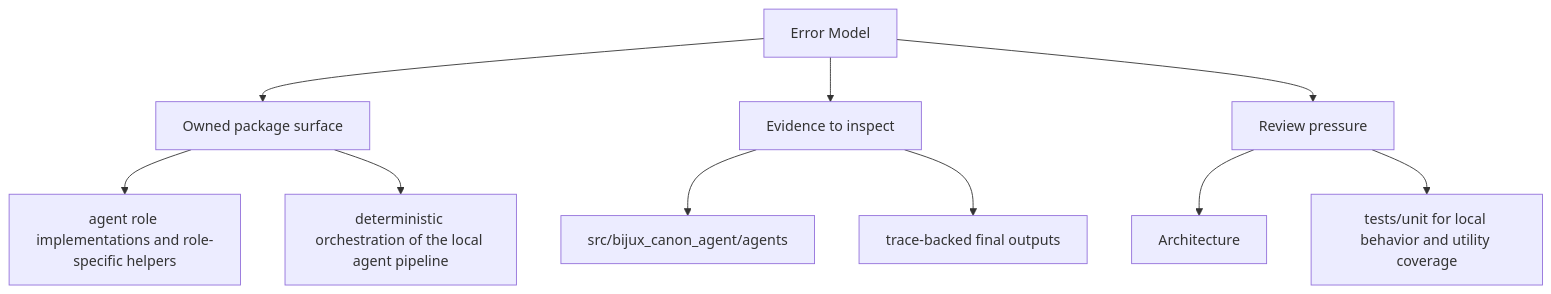
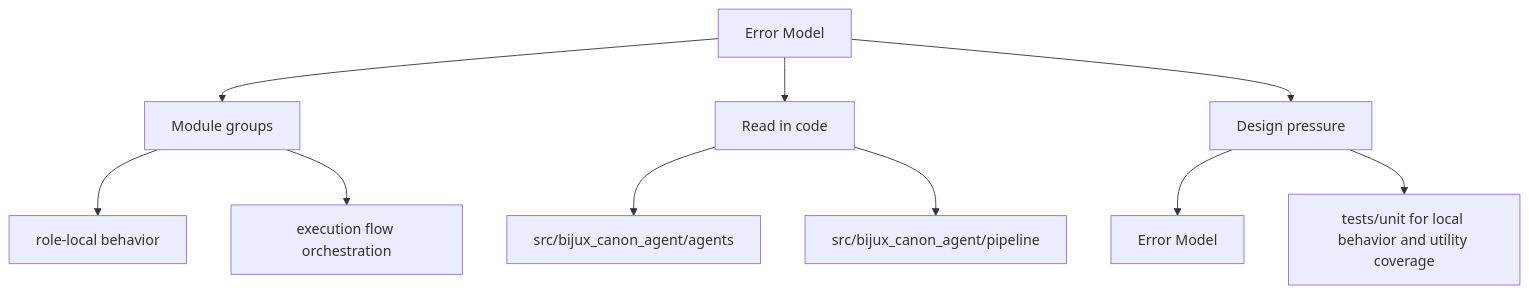
Before and after one commit to bijux/bijux-canon: the second of 2 diagrams in docs/bijux-canon-agent/architecture/error-model.md, drawn with Mermaid. The commit also changed other lines of this file and 250 other files, not shown here.

Commit message:
docs(diagrams): make product page maps more readable

````diff
--- a/docs/bijux-canon-agent/architecture/error-model.md
+++ b/docs/bijux-canon-agent/architecture/error-model.md
@@ -35,22 +35,22 @@
 ```mermaid
 flowchart TD
     page["Error Model"]
-    focus1["Owned package surface"]
+    focus1["Module groups"]
     page --> focus1
-    focus1_1["agent role implementations and role-specific helpers"]
+    focus1_1["role-local behavior"]
     focus1 --> focus1_1
-    focus1_2["deterministic orchestration of the local agent pipeline"]
+    focus1_2["execution flow orchestration"]
     focus1 --> focus1_2
-    focus2["Evidence to inspect"]
+    focus2["Read in code"]
     page --> focus2
     focus2_1["src/bijux_canon_agent/agents"]
     focus2 --> focus2_1
-    focus2_2["trace-backed final outputs"]
+    focus2_2["src/bijux_canon_agent/pipeline"]
     focus2 --> focus2_2
-    focus3["Review pressure"]
+    focus3["Design pressure"]
     page --> focus3
-    focus3_1["Architecture"]
+    focus3_1["Error Model"]
     focus3 --> focus3_1
     focus3_2["tests/unit for local behavior and utility coverage"]
     focus3 --> focus3_2
 ```
````
